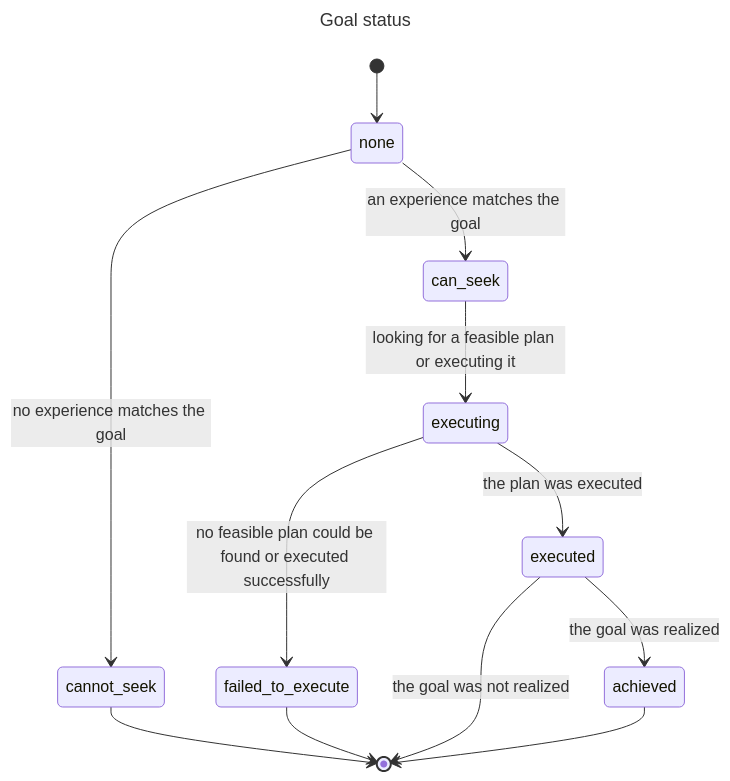
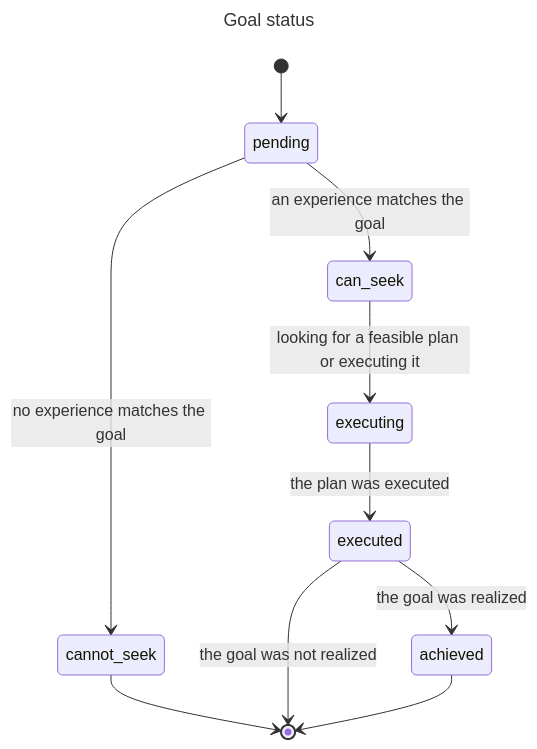
Before and after one commit to jfcloutier/karma_system: the first of 2 diagrams in design_notes/acting.md, drawn with Mermaid. The commit also changed other lines of this file, not shown here.

````diff
--- a/design_notes/acting.md
+++ b/design_notes/acting.md
@@ -162,17 +212,15 @@
 ```mermaid
 ---
 title: Goal status
 ---
 stateDiagram-v2
-    [*] --> none
-    none --> can_seek : an experience matches the goal
-    none --> cannot_seek: no experience matches the goal
+    [*] --> pending
+    pending --> can_seek : an experience matches the goal
+    pending --> cannot_seek: no experience matches the goal
     cannot_seek --> [*]
     can_seek --> executing : looking for a feasible plan or executing it
     executing --> executed : the plan was executed
-    executing --> failed_to_execute : no feasible plan could be found or executed successfully
     executed --> achieved : the goal was realized
-    failed_to_execute --> [*]
     executed --> [*] : the goal was not realized
     achieved --> [*]
 ```  
````
